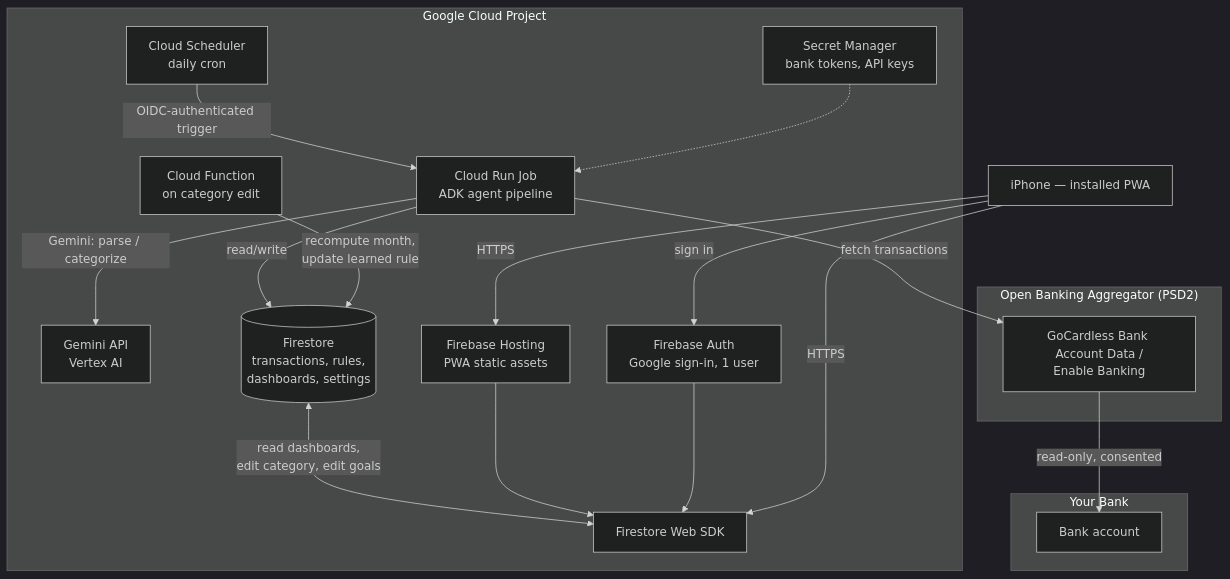
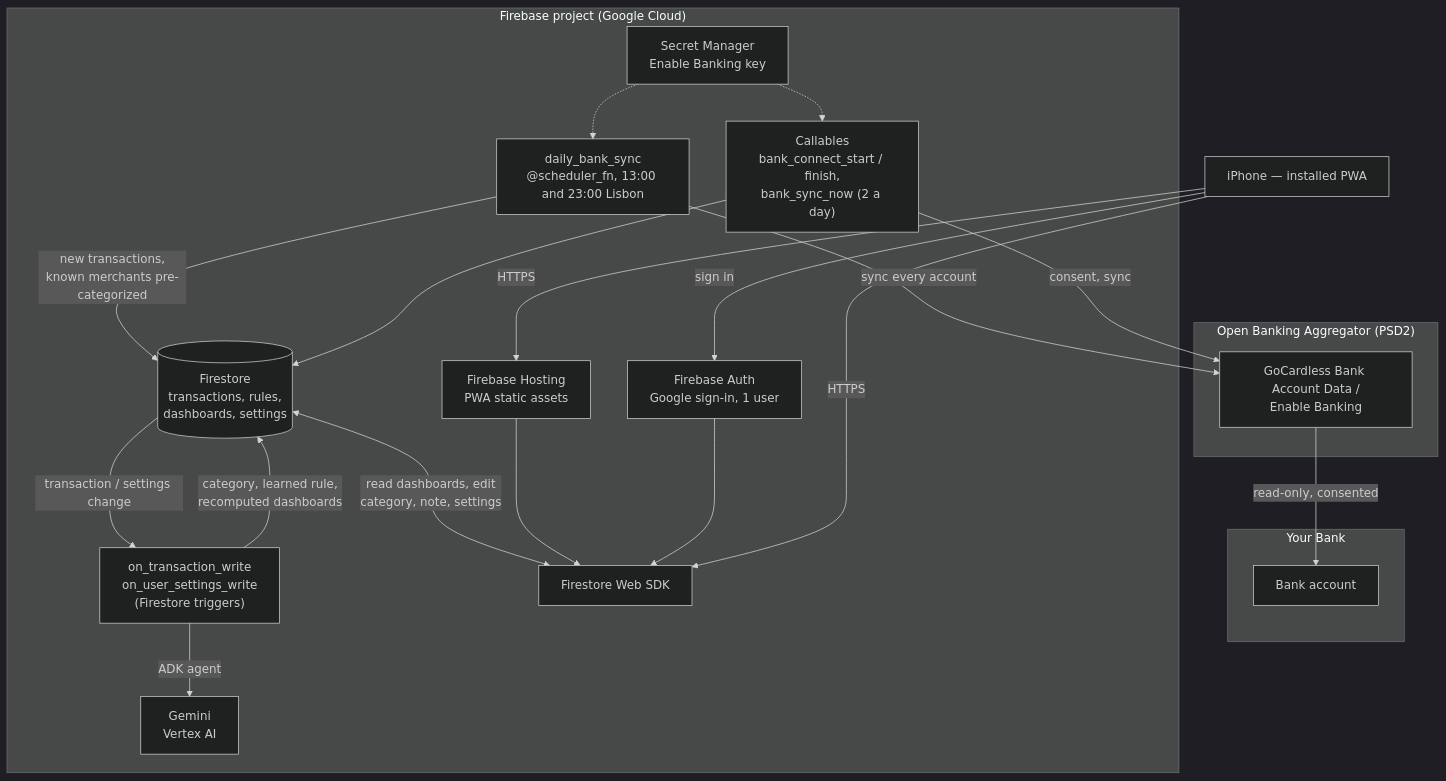
Before and after one commit to ffilipasoares/home_app: the first of 2 diagrams in docs/ARCHITECTURE.md, drawn with Mermaid (dark theme). The commit also changed other lines of this file and 20 other files, not shown here.

````diff
--- a/docs/ARCHITECTURE.md
+++ b/docs/ARCHITECTURE.md
@@ -36,29 +39,32 @@
 ```mermaid
 flowchart TB
     subgraph Bank["Your Bank"]
         B[Bank account]
     end
 
     subgraph OB["Open Banking Aggregator (PSD2)"]
         OBA[GoCardless Bank Account Data /\nEnable Banking]
     end
 
-    subgraph GCP["Google Cloud Project"]
-        SCHED[Cloud Scheduler\ndaily cron] -->|OIDC-authenticated trigger| JOB
-        JOB[Cloud Run Job\nADK agent pipeline] -->|fetch transactions| OBA
-        JOB -->|Gemini: parse / categorize| GEMINI[Gemini API\nVertex AI]
-        JOB -->|read/write| FS[(Firestore\ntransactions, rules,\ndashboards, settings)]
-        SM[Secret Manager\nbank tokens, API keys] -.-> JOB
+    subgraph GCP["Firebase project (Google Cloud)"]
+        SCHED["daily_bank_sync\n@scheduler_fn, 13:00 and 23:00 Lisbon"] -->|sync every account| OBA
+        CALL["Callables\nbank_connect_start / finish,\nbank_sync_now (2 a day)"] -->|consent, sync| OBA
+        SCHED -->|new transactions,\nknown merchants pre-categorized| FS[(Firestore\ntransactions, rules,\ndashboards, settings)]
+        CALL --> FS
+        SM[Secret Manager\nEnable Banking key] -.-> SCHED
+        SM -.-> CALL
 
-        FS <-->|read dashboards,\nedit category, edit goals| WEBSDK[Firestore Web SDK]
-        CF[Cloud Function\non category edit] -->|recompute month,\nupdate learned rule| FS
+        TRIG["on_transaction_write\non_user_settings_write\n(Firestore triggers)"] -->|ADK agent| GEMINI[Gemini\nVertex AI]
+        FS -->|transaction / settings change| TRIG
+        TRIG -->|category, learned rule,\nrecomputed dashboards| FS
 
+        FS <-->|read dashboards, edit\ncategory, note, settings| WEBSDK[Firestore Web SDK]
         HOST[Firebase Hosting\nPWA static assets] --> WEBSDK
         AUTH[Firebase Auth\nGoogle sign-in, 1 user] --> WEBSDK
     end
 
     OBA -->|read-only, consented| B
     IPHONE[iPhone — installed PWA] -->|HTTPS| HOST
     IPHONE -->|HTTPS| WEBSDK
     IPHONE -->|sign in| AUTH
 ```
````
